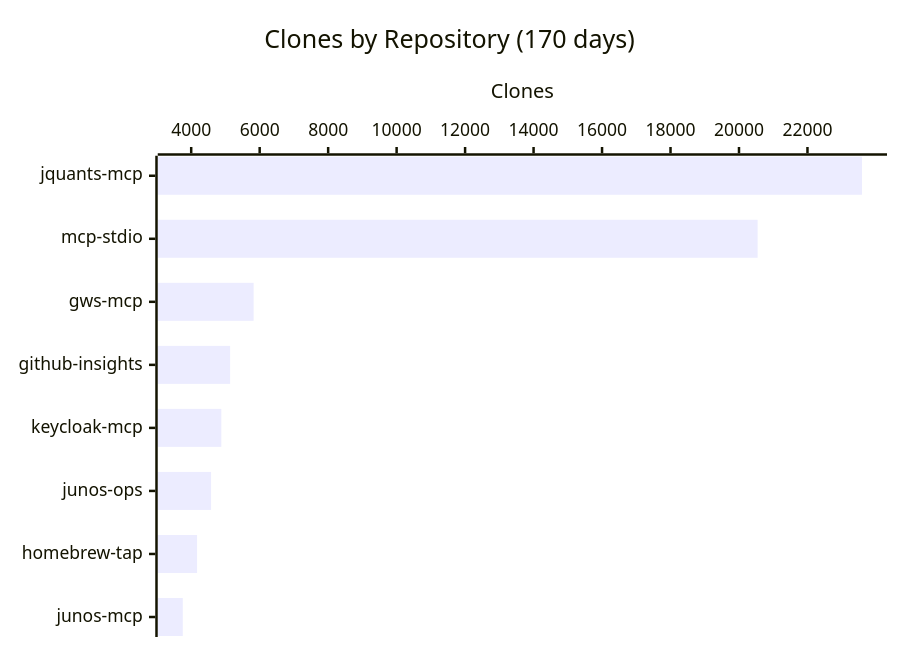
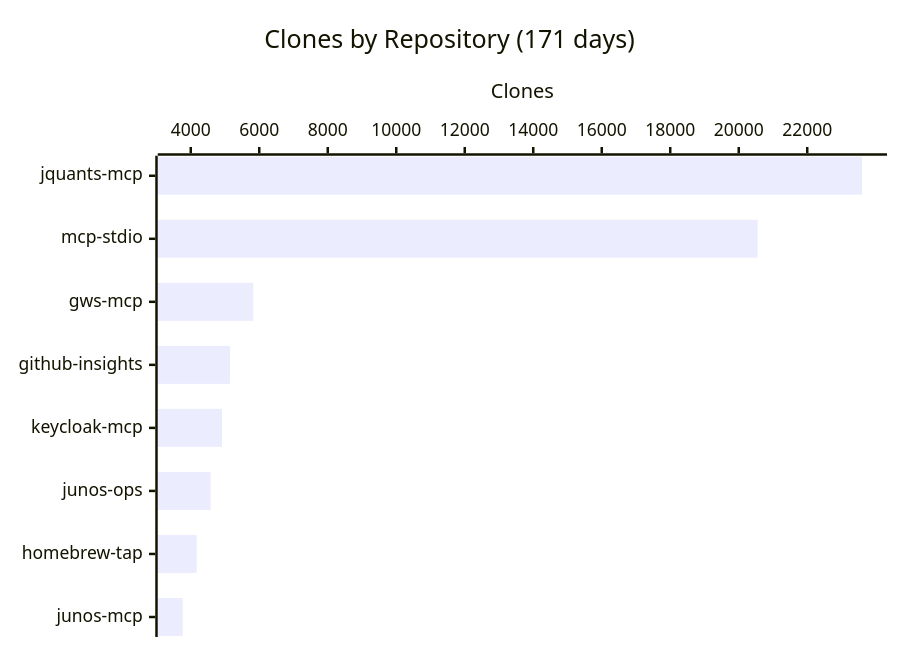
Before and after one commit to shigechika/github-insights: the fourth of 4 diagrams in README.md, drawn with Mermaid. The commit also changed other lines of this file and 2 other files, not shown here.

````diff
--- a/README.md
+++ b/README.md
@@ -58,7 +58,7 @@
 ```mermaid
 xychart-beta horizontal
-    title "Clones by Repository (170 days)"
+    title "Clones by Repository (171 days)"
     x-axis ["jquants-mcp", "mcp-stdio", "gws-mcp", "github-insights", "keycloak-mcp", "junos-ops", "homebrew-tap", "junos-mcp"]
     y-axis "Clones"
-    bar [23592, 20544, 5823, 5137, 4880, 4580, 4172, 3754]
+    bar [23598, 20551, 5826, 5145, 4911, 4581, 4175, 3767]
 ```
````
